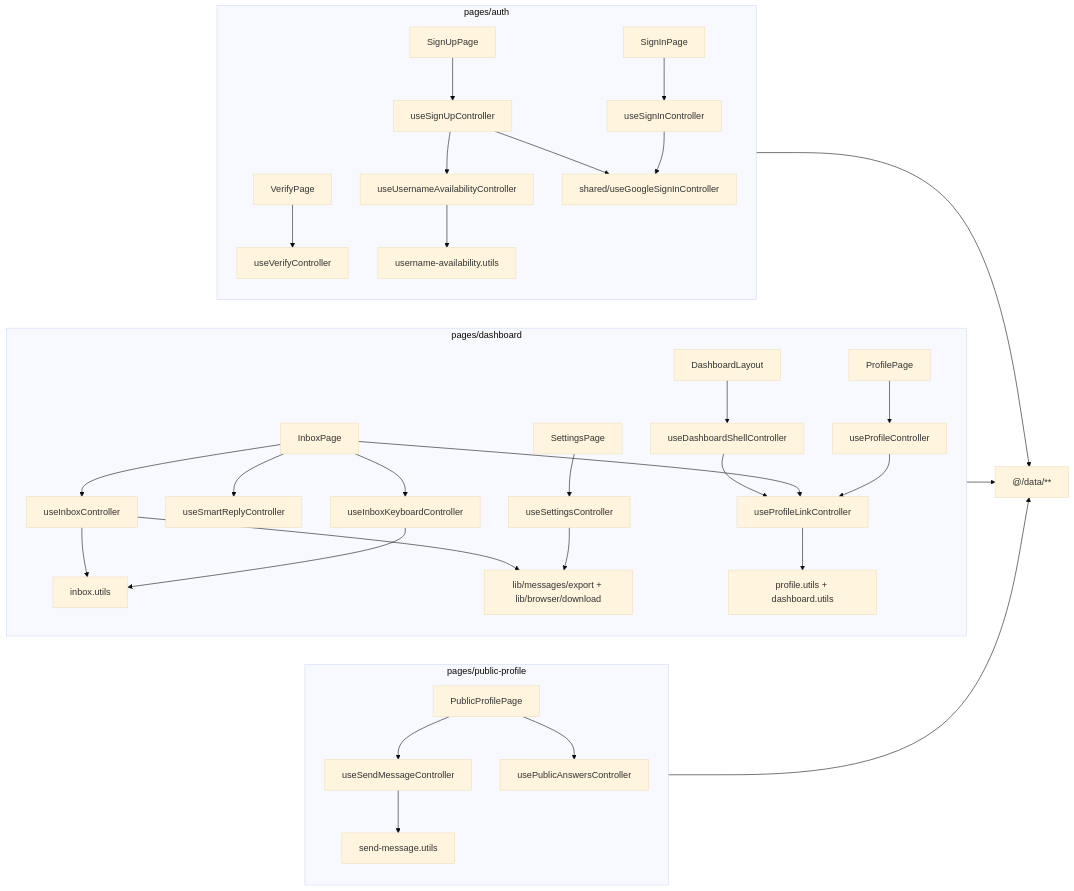
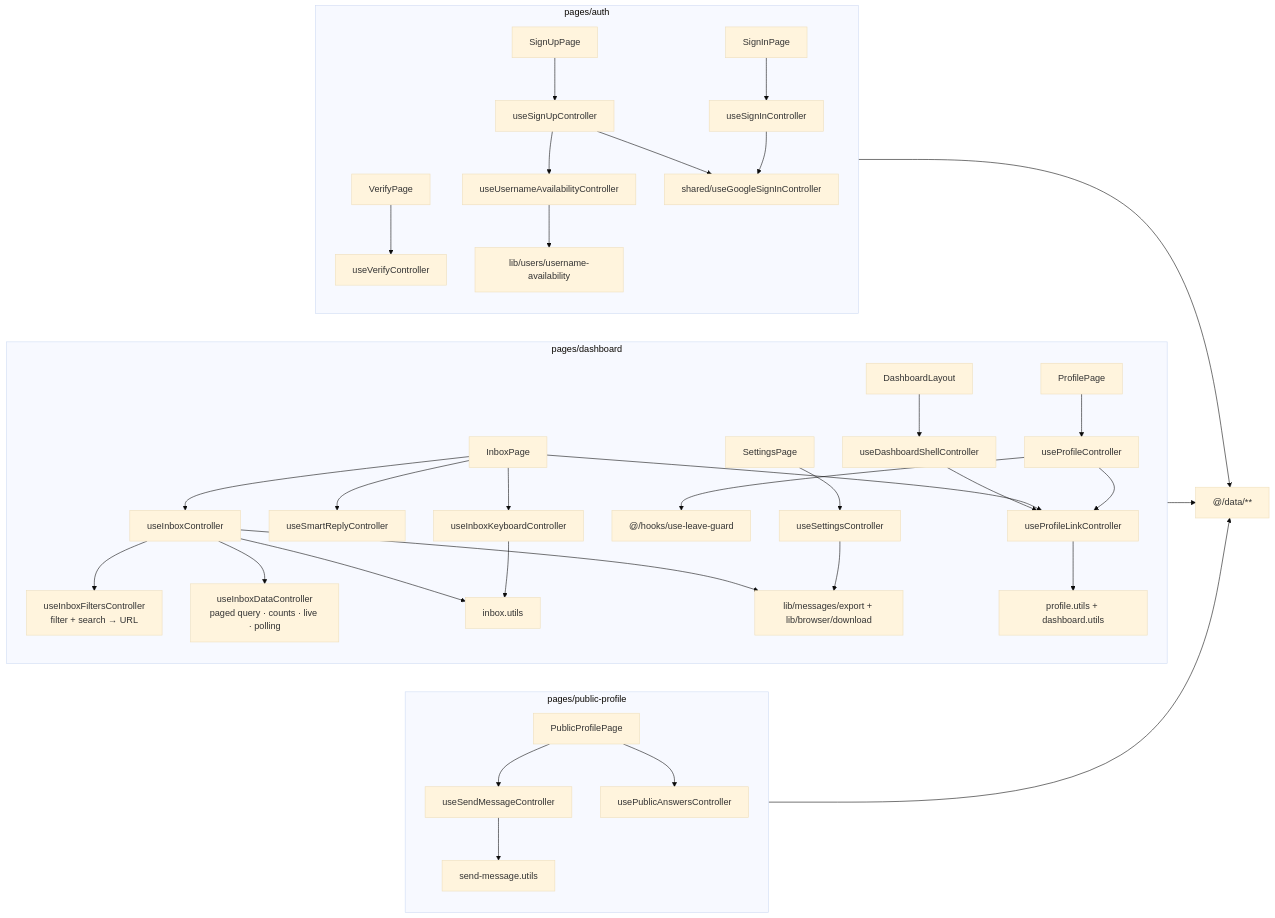
Before and after one commit to Abbas4tech/GhostMsg: the diagram in docs/05-component-architecture.md, drawn with Mermaid (base theme). The commit also changed other lines of this file and 34 other files, not shown here.

Commit message:
feat: add OpenAPI specification, generated API schemas, and comprehensive documentation adrs

````diff
--- a/docs/05-component-architecture.md
+++ b/docs/05-component-architecture.md
@@ -65,36 +65,39 @@
 ```mermaid
 flowchart LR
     subgraph Auth["pages/auth"]
         SIP["SignInPage"] --> SI["useSignInController"]
         SUP["SignUpPage"] --> SU["useSignUpController"]
         VP["VerifyPage"] --> V["useVerifyController"]
         SU --> UA["useUsernameAvailabilityController"]
         SI --> G["shared/useGoogleSignInController"]
         SU --> G
-        UA --> UAU["username-availability.utils"]
+        UA --> UAU["lib/users/username-availability"]
     end
     subgraph Dash["pages/dashboard"]
         DL["DashboardLayout"] --> DS["useDashboardShellController"]
         IT["InboxPage"] --> IC["useInboxController"]
         IT --> SR["useSmartReplyController"]
         IT --> KB["useInboxKeyboardController"]
+        IC --> IF["useInboxFiltersController<br/>filter + search → URL"]
+        IC --> ID["useInboxDataController<br/>paged query · counts · live · polling"]
         PT["ProfilePage"] --> PC["useProfileController"]
+        PC --> LG["@/hooks/use-leave-guard"]
         ST["SettingsPage"] --> SC["useSettingsController"]
         DS --> PL["useProfileLinkController"]
         IT --> PL
         PC --> PL
         IC --> IU["inbox.utils"]
         KB --> IU
         IC --> EX["lib/messages/export + lib/browser/download"]
         SC --> EX
         PL --> PU["profile.utils + dashboard.utils"]
     end
     subgraph Pub["pages/public-profile"]
         PPP["PublicProfilePage"] --> SMC["useSendMessageController"]
         PPP --> PAC["usePublicAnswersController"]
         SMC --> SMU["send-message.utils"]
     end
     Auth --> DATA["@/data/**"]
     Dash --> DATA
     Pub --> DATA
 ```
````
